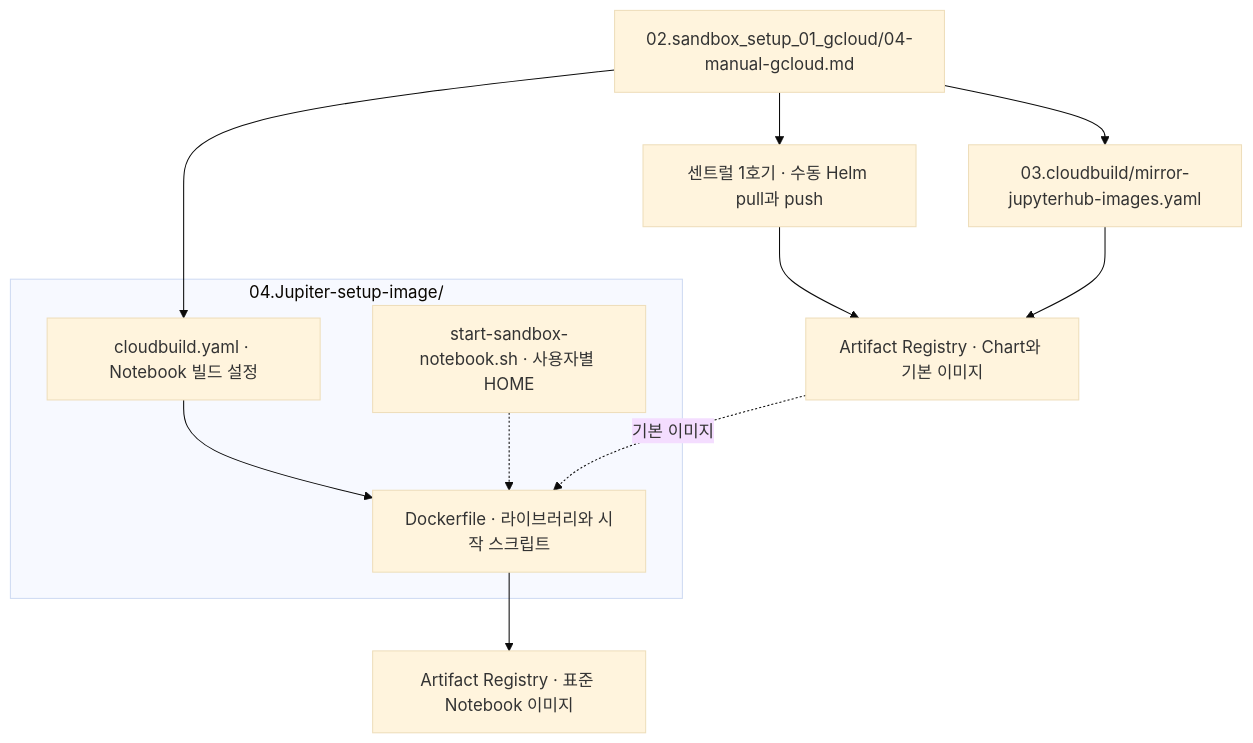
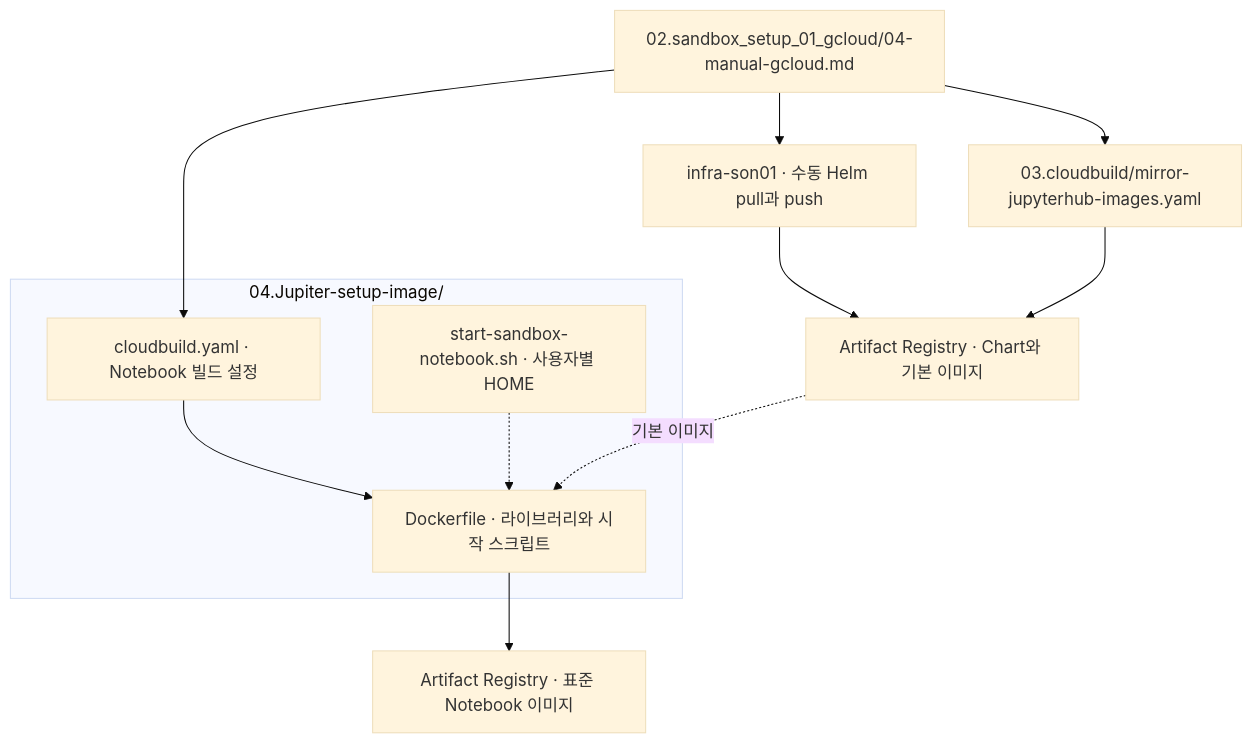
Before and after one commit to sonmap/GCP_SBX_Test01: the third of 6 diagrams in 01.docs/reference/file-relationships.md, drawn with Mermaid (base theme). The commit also changed 4 other files, not shown here.

Commit message:
Run manual Helm chart import from infra-son01

````diff
--- a/01.docs/reference/file-relationships.md
+++ b/01.docs/reference/file-relationships.md
@@ -60,19 +60,19 @@
 ```mermaid
 flowchart TD
     OP["02.sandbox_setup_01_gcloud/04-manual-gcloud.md"]
-    CH["센트럴 1호기 · 수동 Helm pull과 push"]
+    CH["infra-son01 · 수동 Helm pull과 push"]
     MI["03.cloudbuild/mirror-jupyterhub-images.yaml"]
     AR["Artifact Registry · Chart와 기본 이미지"]
     OP --> CH --> AR
     OP --> MI --> AR
     subgraph NB["04.Jupiter-setup-image/"]
       CB["cloudbuild.yaml · Notebook 빌드 설정"]
       DF["Dockerfile · 라이브러리와 시작 스크립트"]
       SH["start-sandbox-notebook.sh · 사용자별 HOME"]
       CB --> DF
       SH -.-> DF
     end
     OP --> CB
     AR -. "기본 이미지" .-> DF
     DF --> OUT["Artifact Registry · 표준 Notebook 이미지"]
 ```
````
